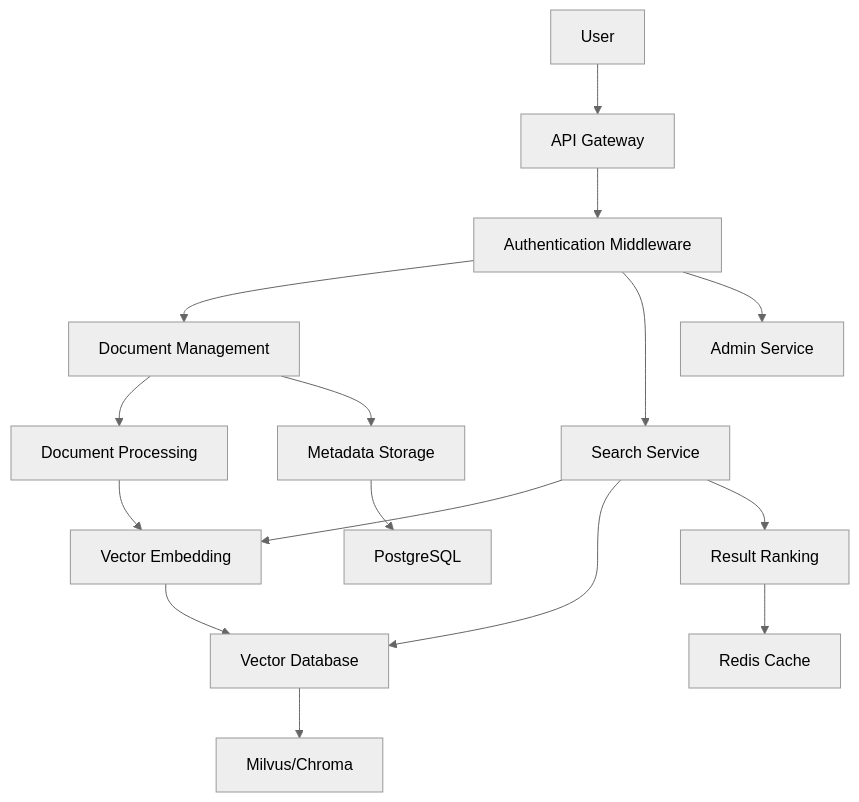
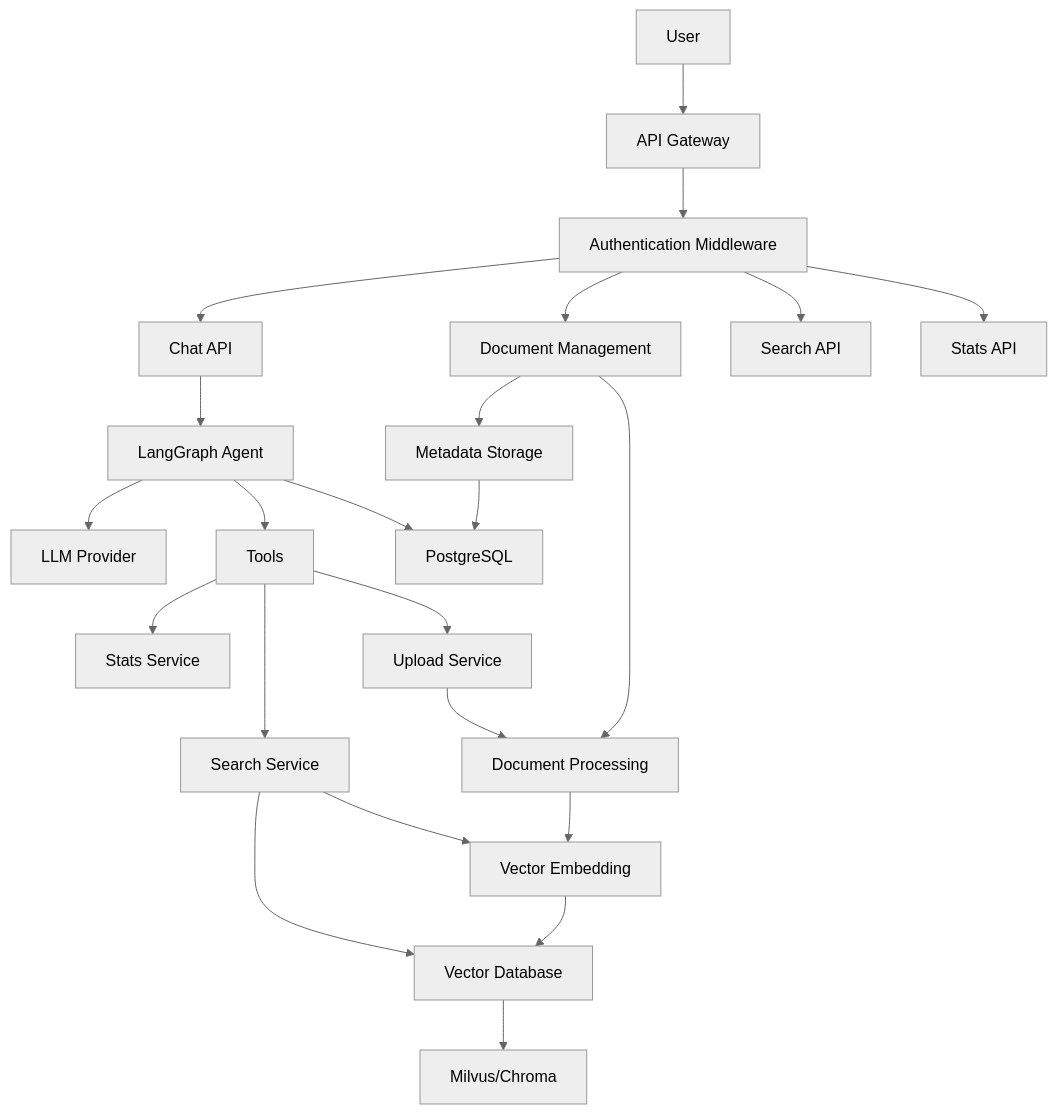
Before and after one commit to zhao11122233/CaraBot: the diagram in README.md, drawn with Mermaid (neutral theme). The commit also changed other lines of this file and 2 other files, not shown here.

Commit message:
docs: 更新课程大纲和文档，调整项目描述为基于 LangGraph 的 Agent 驱动智能知识库系统

````diff
--- a/README.md
+++ b/README.md
@@ -95,21 +105,29 @@
 ```mermaid
 graph TD
     A[User] --> B[API Gateway]
     B --> C[Authentication Middleware]
-    C --> D[Document Management]
-    C --> E[Search Service]
-    C --> F[Admin Service]
+    C --> D[Chat API]
+    C --> E[Document Management]
+    C --> F[Search API]
+    C --> G[Stats API]
     
-    D --> G[Document Processing]
-    D --> H[Metadata Storage]
-    G --> I[Vector Embedding]
-    I --> J[Vector Database]
+    D --> H[LangGraph Agent]
+    H --> I[LLM Provider]
+    H --> J[Tools]
+    J --> K[Search Service]
+    J --> L[Stats Service]
+    J --> M[Upload Service]
     
-    E --> I
-    E --> J
-    E --> K[Result Ranking]
+    E --> N[Document Processing]
+    E --> O[Metadata Storage]
+    N --> P[Vector Embedding]
+    P --> Q[Vector Database]
     
-    H --> L[PostgreSQL]
-    J --> M[Milvus/Chroma]
-    K --> N[Redis Cache]
+    K --> P
+    K --> Q
+    M --> N
+    
+    O --> R[PostgreSQL]
+    Q --> S[Milvus/Chroma]
+    H --> R
 ```
````
